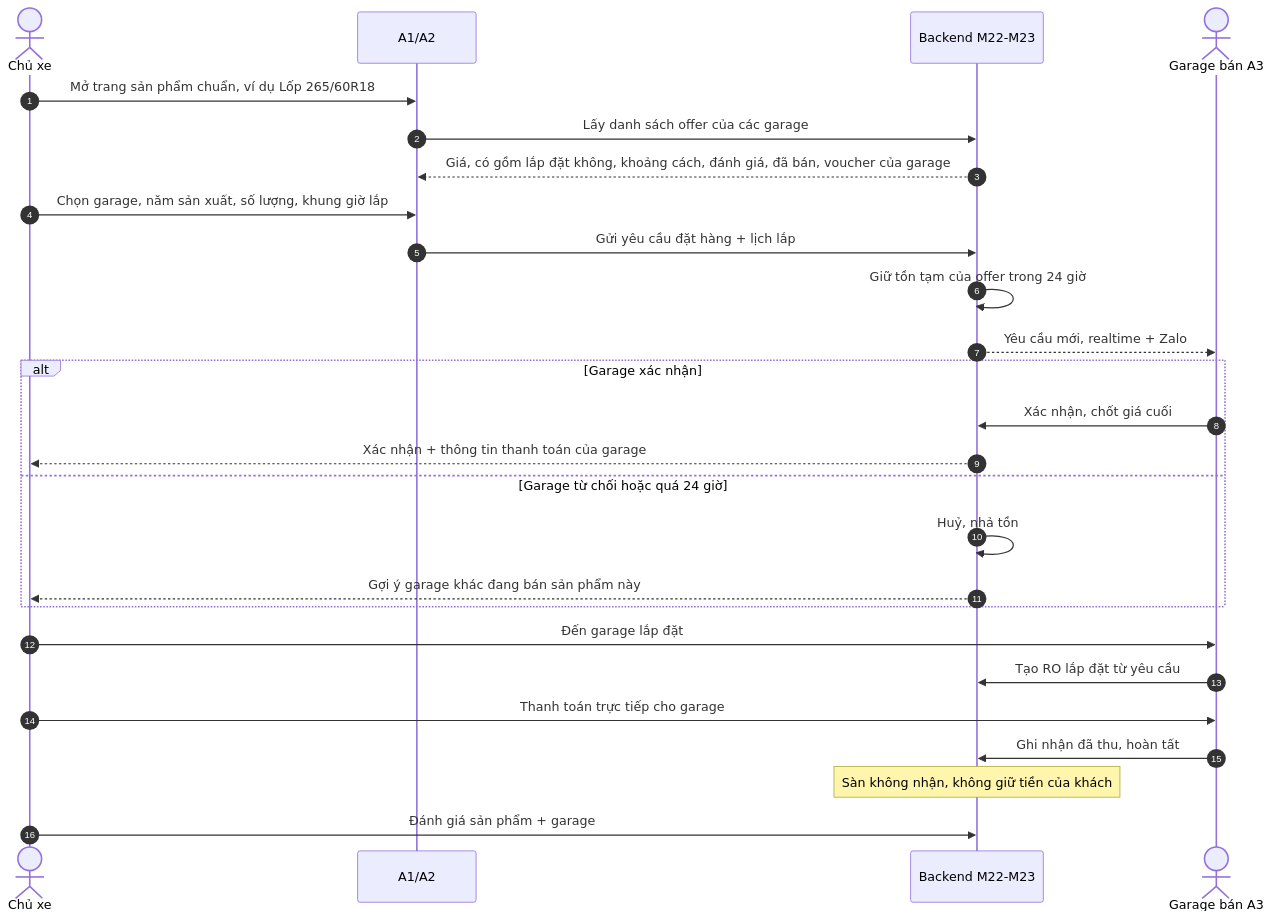
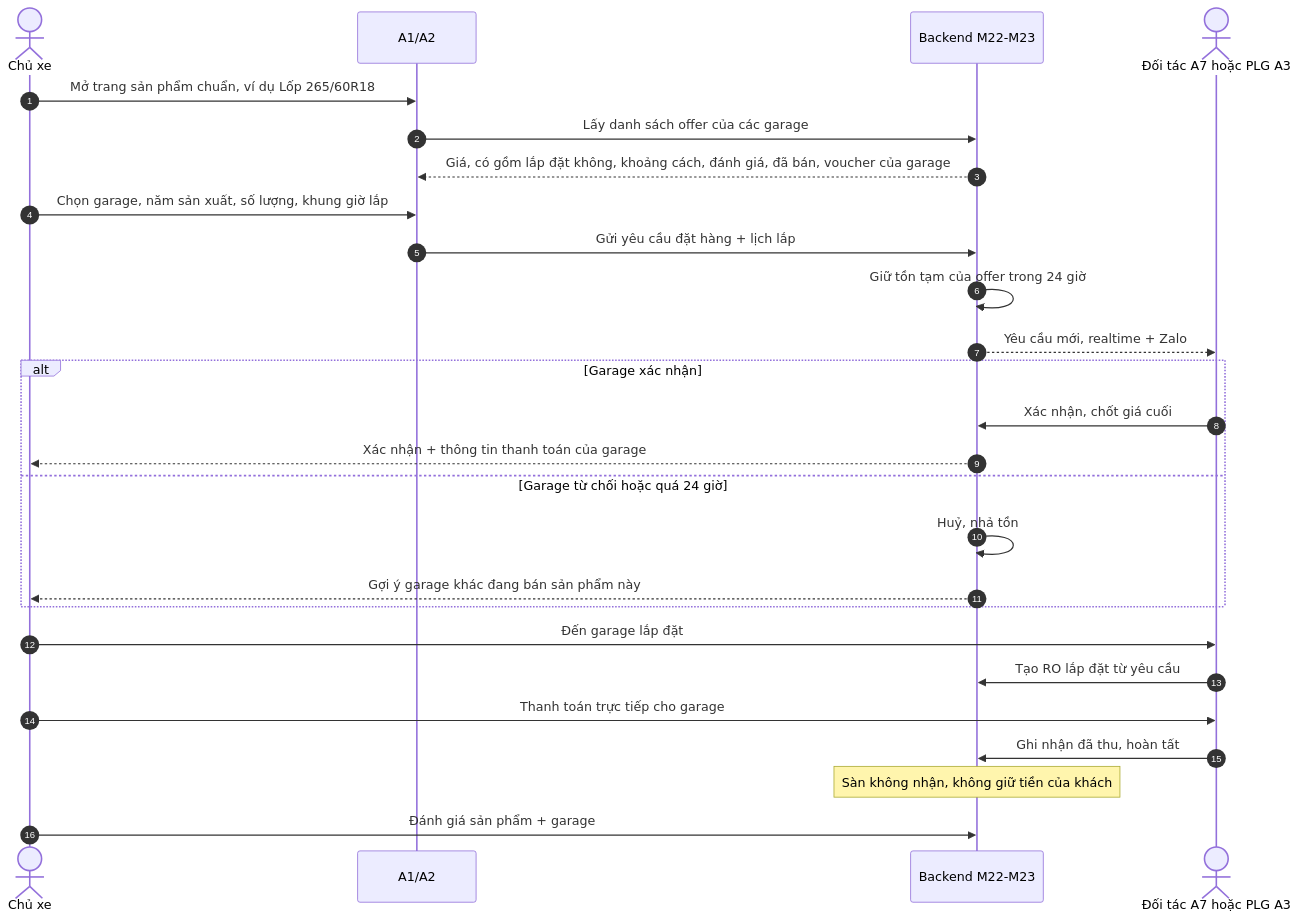
Before and after one commit to south93/cardiy-crm: the third of 9 diagrams in docs/04-luong-nghiep-vu.md, drawn with Mermaid. The commit also changed other lines of this file and 23 other files, not shown here.

First line of the commit message:
Vòng 0.4: tách Đối tác: 1 tài khoản, Cổng đối tác, không có CRM

````diff
--- a/docs/04-luong-nghiep-vu.md
+++ b/docs/04-luong-nghiep-vu.md
@@ -93,29 +93,29 @@
 ```mermaid
 sequenceDiagram
   autonumber
   actor CX as Chủ xe
   participant W as A1/A2
   participant API as Backend M22-M23
-  actor G as Garage bán A3
+  actor G as Đối tác A7 hoặc PLG A3
 
   CX->>W: Mở trang sản phẩm chuẩn, ví dụ Lốp 265/60R18
   W->>API: Lấy danh sách offer của các garage
   API-->>W: Giá, có gồm lắp đặt không, khoảng cách, đánh giá, đã bán, voucher của garage
   CX->>W: Chọn garage, năm sản xuất, số lượng, khung giờ lắp
   W->>API: Gửi yêu cầu đặt hàng + lịch lắp
   API->>API: Giữ tồn tạm của offer trong 24 giờ
   API-->>G: Yêu cầu mới, realtime + Zalo
   alt Garage xác nhận
     G->>API: Xác nhận, chốt giá cuối
     API-->>CX: Xác nhận + thông tin thanh toán của garage
   else Garage từ chối hoặc quá 24 giờ
     API->>API: Huỷ, nhả tồn
     API-->>CX: Gợi ý garage khác đang bán sản phẩm này
   end
   CX->>G: Đến garage lắp đặt
   G->>API: Tạo RO lắp đặt từ yêu cầu
   CX->>G: Thanh toán trực tiếp cho garage
   G->>API: Ghi nhận đã thu, hoàn tất
   Note over API: Sàn không nhận, không giữ tiền của khách
   CX->>API: Đánh giá sản phẩm + garage
 ```
````
